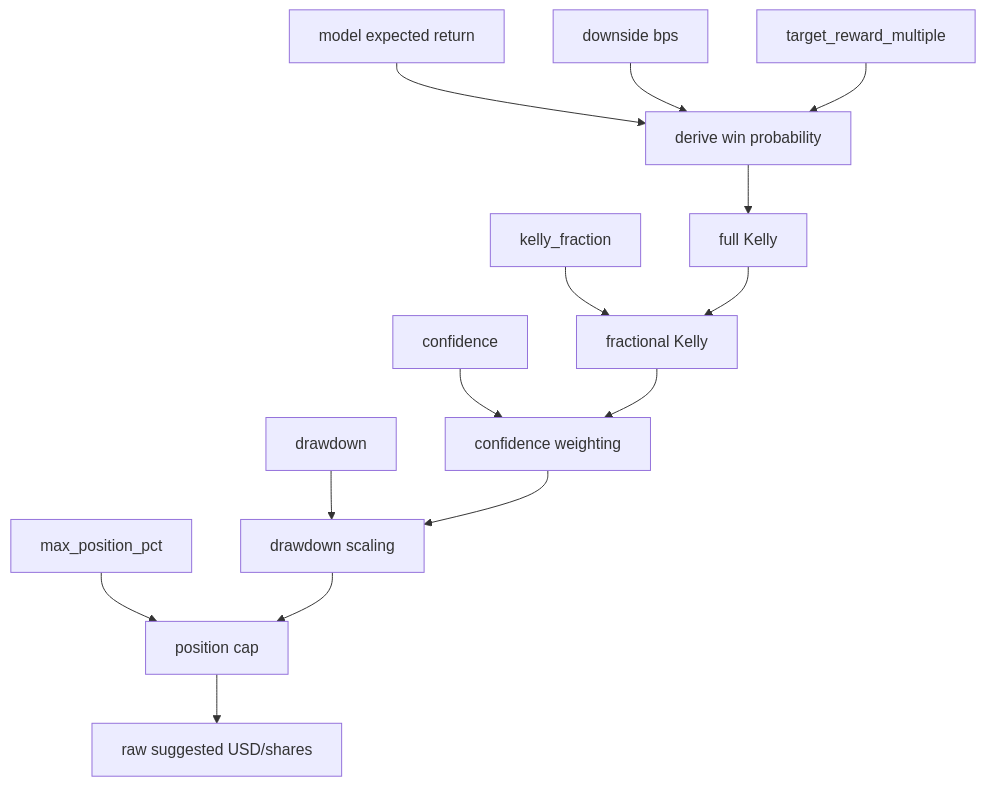
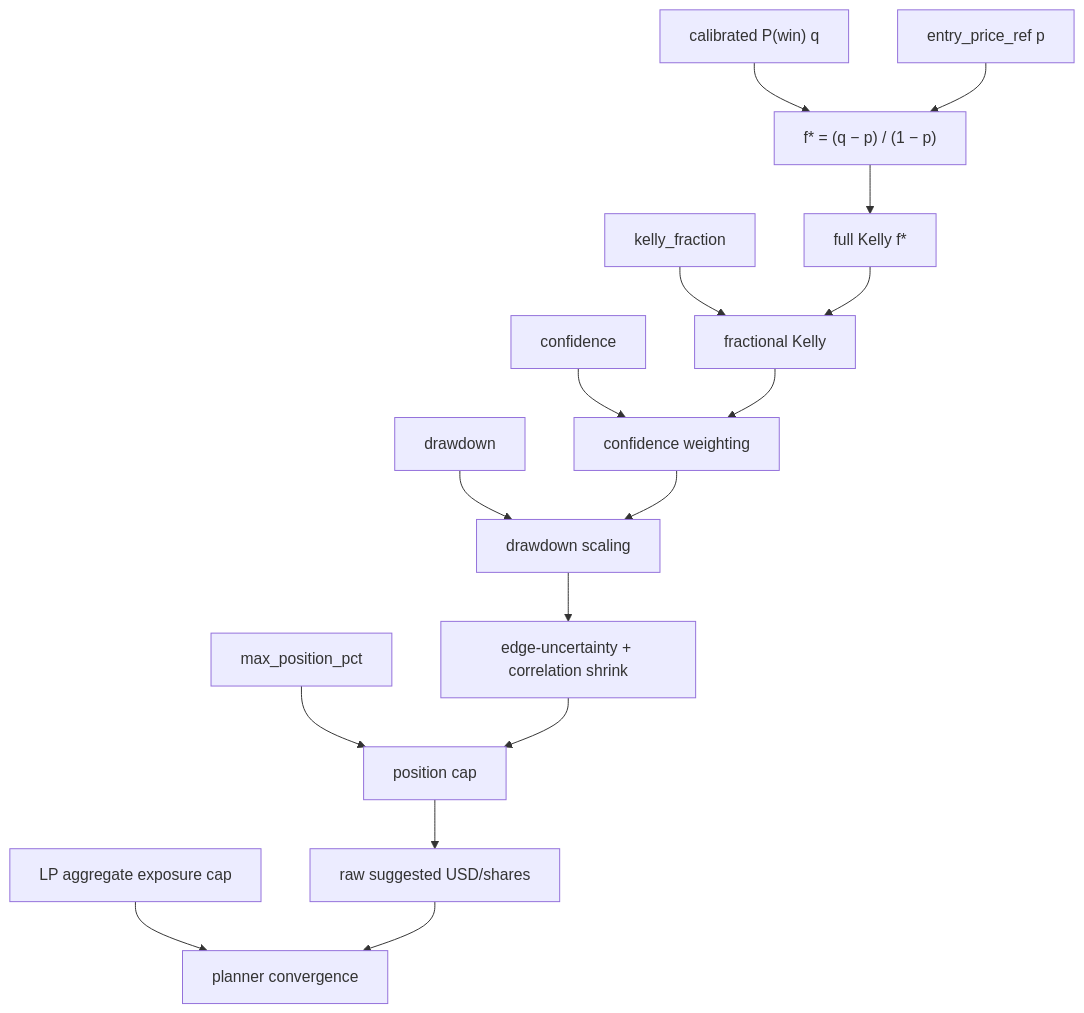
Before and after one commit to solomon-ssy/oxide-arb: the seventh of 12 diagrams in docs/operations/architecture-and-design.md, drawn with Mermaid. The commit also changed other lines of this file and 65 other files, not shown here.

Commit message:
feat(core,research,models,repository,web): 🎯 Phase 11.3 follow-up — resolution Kelly from win_probability, intent calibration TOCTOU recheck, and BiasTableFit rename

````diff
--- a/docs/operations/architecture-and-design.md
+++ b/docs/operations/architecture-and-design.md
@@ -345,16 +345,18 @@
 ```mermaid
 flowchart TD
-    A["model expected return"] --> B["derive win probability"]
-    C["downside bps"] --> B
-    D["target_reward_multiple"] --> B
-    B --> E["full Kelly"]
+    A["calibrated P(win) q"] --> B["f* = (q − p) / (1 − p)"]
+    C["entry_price_ref p"] --> B
+    B --> E["full Kelly f*"]
     F["kelly_fraction"] --> G["fractional Kelly"]
     E --> G
     H["confidence"] --> I["confidence weighting"]
     G --> I
     J["drawdown"] --> K["drawdown scaling"]
     I --> K
-    L["max_position_pct"] --> M["position cap"]
-    K --> M
-    M --> N["raw suggested USD/shares"]
+    K --> L["edge-uncertainty + correlation shrink"]
+    M["max_position_pct"] --> N["position cap"]
+    L --> N
+    N --> O["raw suggested USD/shares"]
+    P["LP aggregate exposure cap"] --> Q["planner convergence"]
+    O --> Q
 ```
````
